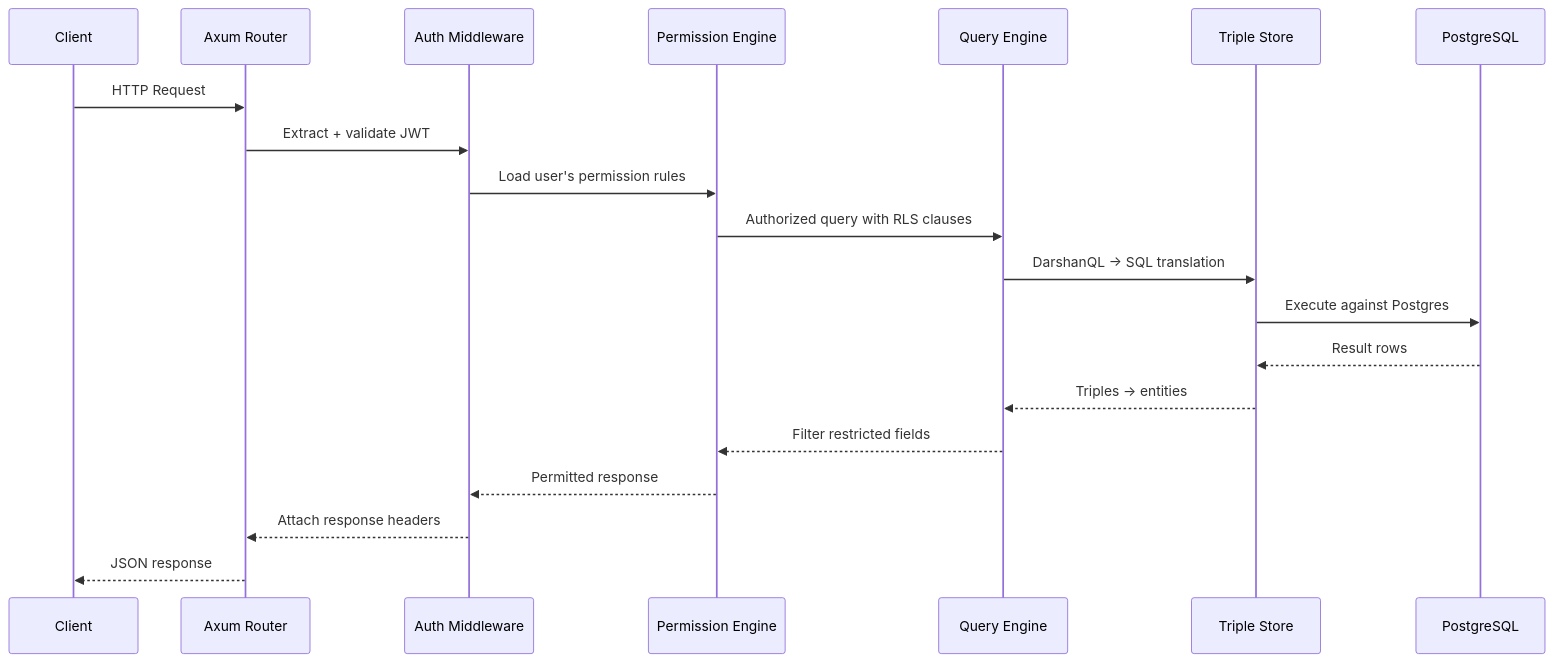
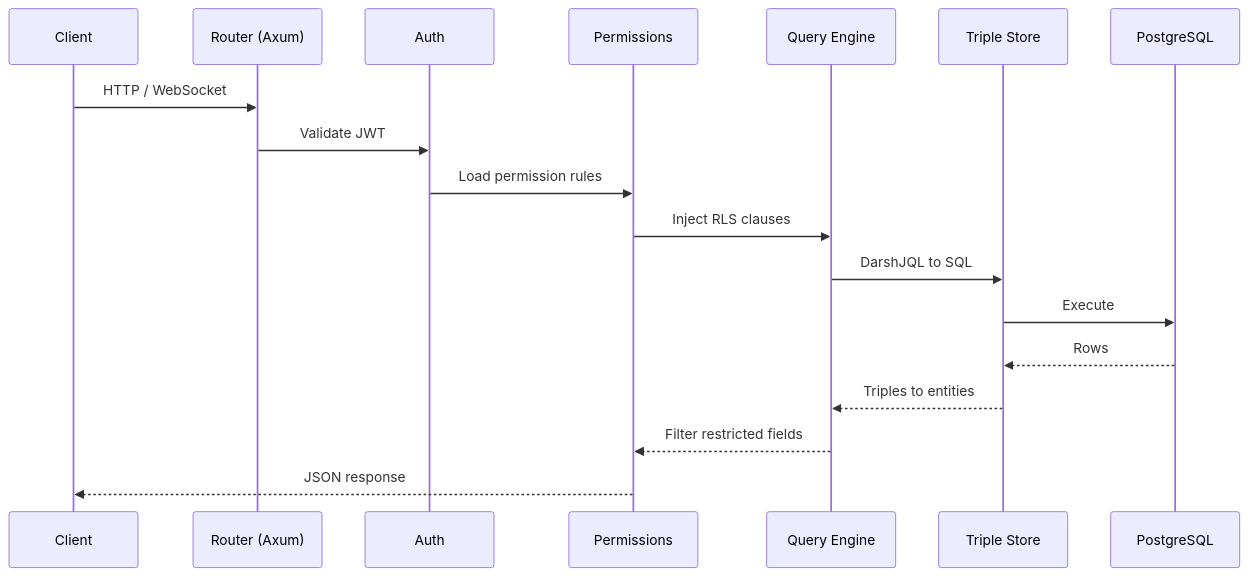
Before and after one commit to darshjme/darshjdb: the second of 2 diagrams in README.md, drawn with Mermaid. The commit also changed other lines of this file and 2 other files, not shown here.

````diff
--- a/README.md
+++ b/README.md
@@ -666,23 +121,21 @@
 ```mermaid
 sequenceDiagram
     participant C as Client
-    participant A as Axum Router
-    participant AU as Auth Middleware
-    participant P as Permission Engine
+    participant R as Router (Axum)
+    participant A as Auth
+    participant P as Permissions
     participant Q as Query Engine
     participant T as Triple Store
     participant PG as PostgreSQL
 
-    C->>A: HTTP Request
-    A->>AU: Extract + validate JWT
-    AU->>P: Load user's permission rules
-    P->>Q: Authorized query with RLS clauses
-    Q->>T: DarshanQL → SQL translation
-    T->>PG: Execute against Postgres
-    PG-->>T: Result rows
-    T-->>Q: Triples → entities
+    C->>R: HTTP / WebSocket
+    R->>A: Validate JWT
+    A->>P: Load permission rules
+    P->>Q: Inject RLS clauses
+    Q->>T: DarshJQL to SQL
+    T->>PG: Execute
+    PG-->>T: Rows
+    T-->>Q: Triples to entities
     Q-->>P: Filter restricted fields
-    P-->>AU: Permitted response
-    AU-->>A: Attach response headers
-    A-->>C: JSON response
+    P-->>C: JSON response
 ```
````
